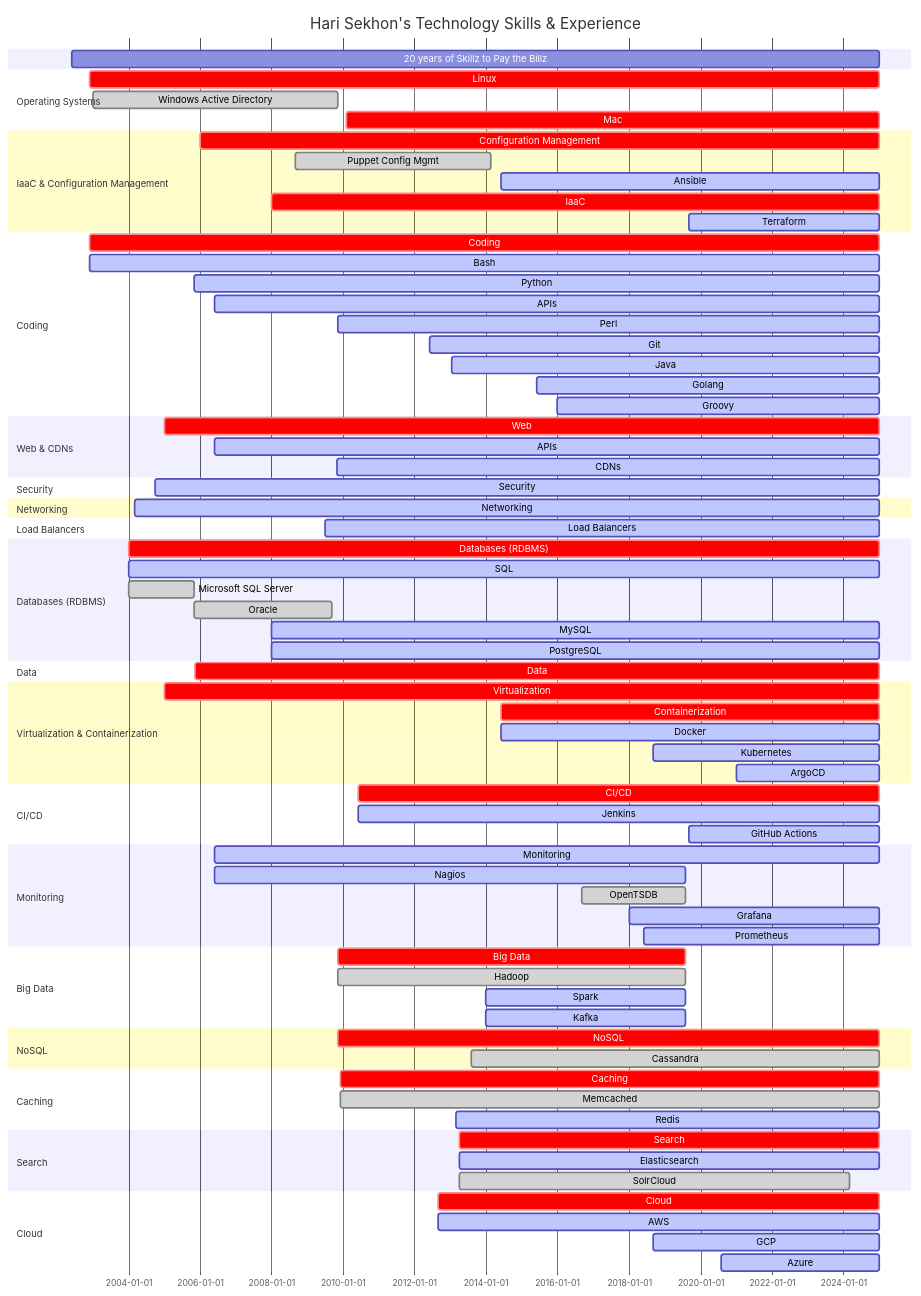
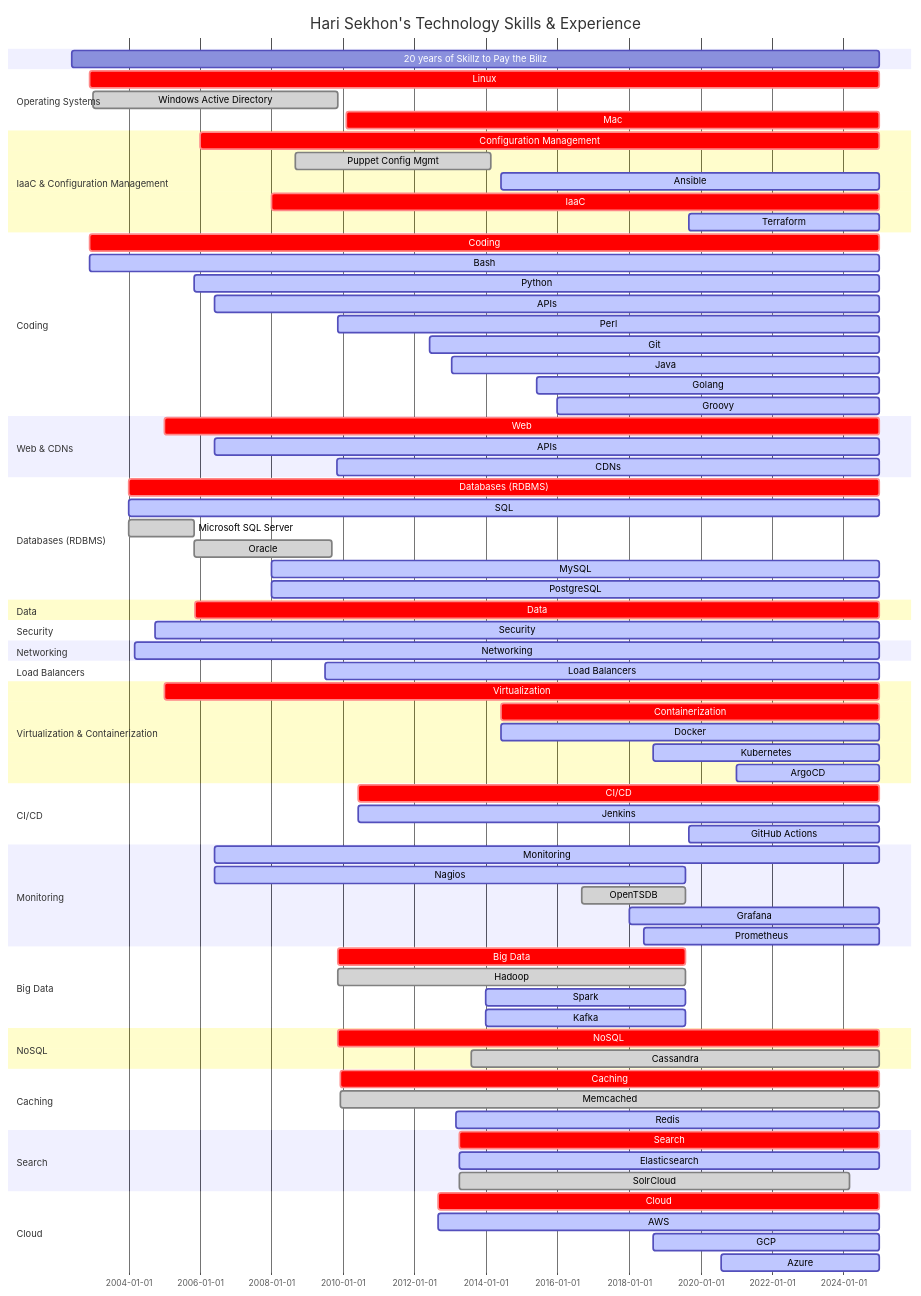
The diagram in README.md (HariSekhon/HariSekhon), drawn with Mermaid before and after one commit. The commit also changed other lines of this file, not shown here.

```diff
--- a/README.md
+++ b/README.md
@@ -336,6 +336,19 @@
     %%Cotendo                : done, 2012-06-01, 2013-01-13
     %%Cloudflare             : active, 2020-08-20, 2024-12-31
 
+    section Databases (RDBMS)
+    Databases (RDBMS)      : crit, 2004-01-01, 2024-12-31
+    SQL                    : active, 2004-01-01, 2024-12-31
+    Microsoft SQL Server   : done, 2004-01-01, 2005-10-31
+    Oracle                 : done, 2005-11-01, 2009-09-10
+    MySQL                  : active, 2008-01-01, 2024-12-31
+    PostgreSQL             : active, 2008-01-01, 2024-12-31
+
+    section Data
+    Data                   : crit, 2005-11-11, 2024-12-31
+    %%Data Validation        : done, 2006-06-01, 2024-12-31
+    %%Data Science           : done, 2013-01-18, 2024-12-31
+
     section Security
     Security               : active, 2004-10-01, 2024-12-31
     %%Kerberos               : active, 2006-06-01, 2024-12-31
@@ -356,19 +369,6 @@
     %%HAProxy                : active, 2018-04-01, 2024-12-31
     %%Kong                   : active, 2023-03-01, 2024-12-31
     %%Traefik                : active, 2023-03-01, 2024-12-31
-
-    section Databases (RDBMS)
-    Databases (RDBMS)      : crit, 2004-01-01, 2024-12-31
-    SQL                    : active, 2004-01-01, 2024-12-31
-    Microsoft SQL Server   : done, 2004-01-01, 2005-10-31
-    Oracle                 : done, 2005-11-01, 2009-09-10
-    MySQL                  : active, 2008-01-01, 2024-12-31
-    PostgreSQL             : active, 2008-01-01, 2024-12-31
-
-    section Data
-    Data                   : crit, 2005-11-11, 2024-12-31
-    %%Data Validation        : done, 2006-06-01, 2024-12-31
-    %%Data Science           : done, 2013-01-18, 2024-12-31
 
     section Virtualization & Containerization
     Virtualization         : crit, 2005-01-01, 2024-12-31
```
